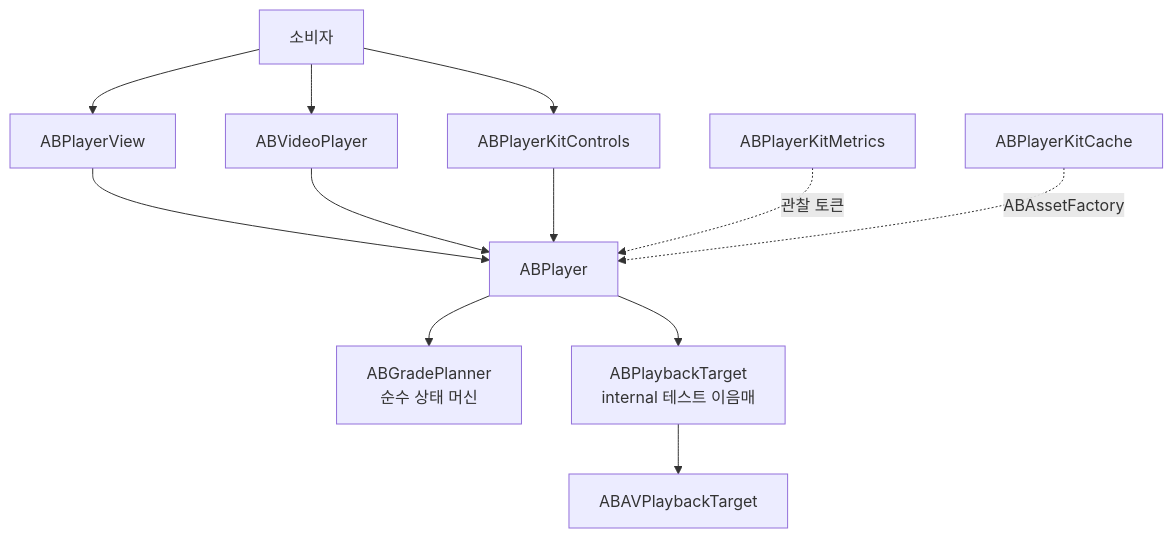
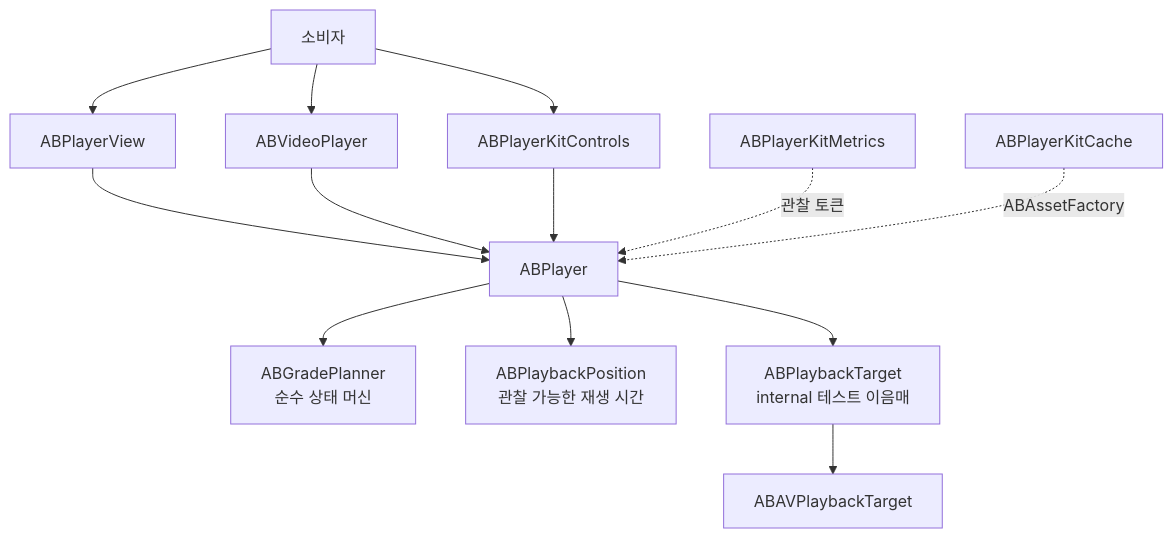
Before and after one commit to AppBoong/ABPlayerKit: the diagram in README.ko.md, drawn with Mermaid. The commit also changed other lines of this file and 1 other file, not shown here.

First line of the commit message:
docs(readme): add Design Highlights and the observable-position step

````diff
--- a/README.ko.md
+++ b/README.ko.md
@@ -460,14 +491,15 @@
 ```mermaid
 flowchart TD
     Consumer[소비자] --> PlayerView[ABPlayerView]
     Consumer --> VideoPlayer[ABVideoPlayer]
     Consumer --> Controls[ABPlayerKitControls]
     PlayerView --> Player[ABPlayer]
     VideoPlayer --> Player
     Controls --> Player
     Player --> Planner[ABGradePlanner<br/>순수 상태 머신]
+    Player --> Position[ABPlaybackPosition<br/>관찰 가능한 재생 시간]
     Player --> Target[ABPlaybackTarget<br/>internal 테스트 이음매]
     Target --> AVTarget[ABAVPlaybackTarget]
     Metrics[ABPlayerKitMetrics] -. 관찰 토큰 .-> Player
     Cache[ABPlayerKitCache] -. ABAssetFactory .-> Player
 ```
````
